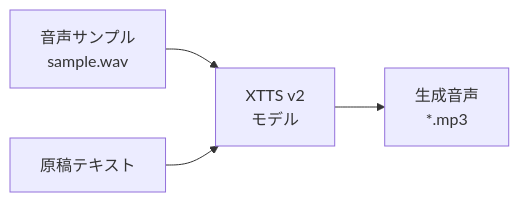
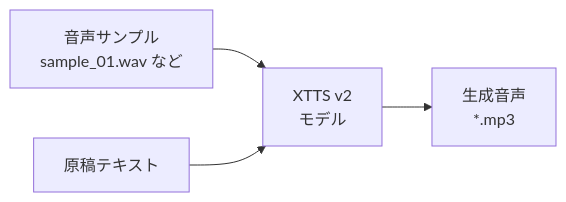
One commit to J1921604/MyVoice-Maker changed the first of 2 diagrams in README.md. Above: the diagram before and after it, drawn with Mermaid. The commit also changed other lines of this file and 35 other files, not shown here.

````diff
--- a/README.md
+++ b/README.md
@@ -15,6 +15,6 @@
 ```mermaid
 flowchart LR
-    A[音声サンプル<br/>sample.wav] --> B[XTTS v2<br/>モデル]
+   A[音声サンプル<br/>sample_01.wav など] --> B[XTTS v2<br/>モデル]
     C[原稿テキスト] --> B
     B --> D[生成音声<br/>*.mp3]
 ```
````
